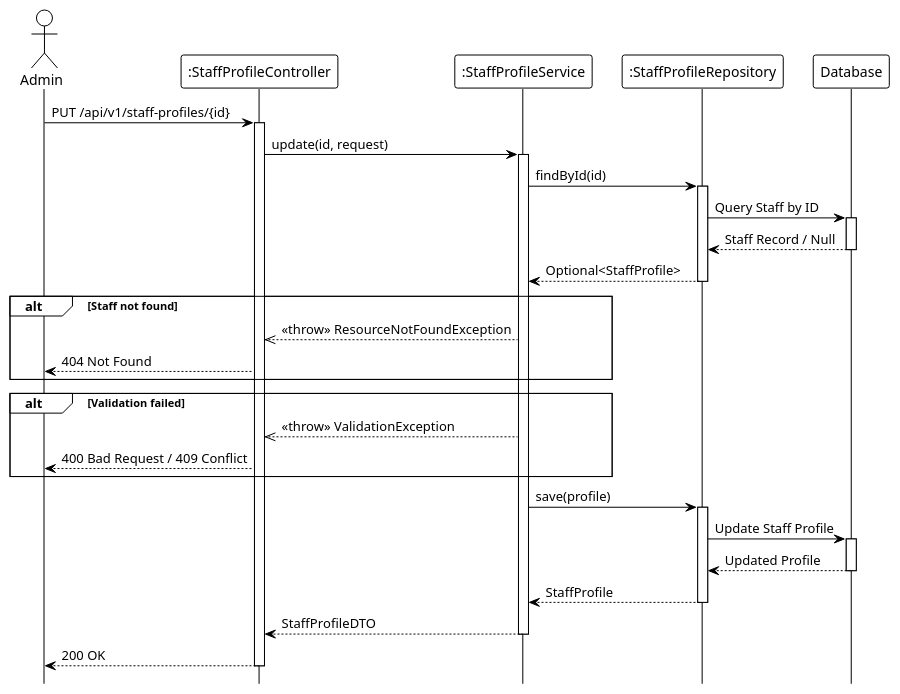
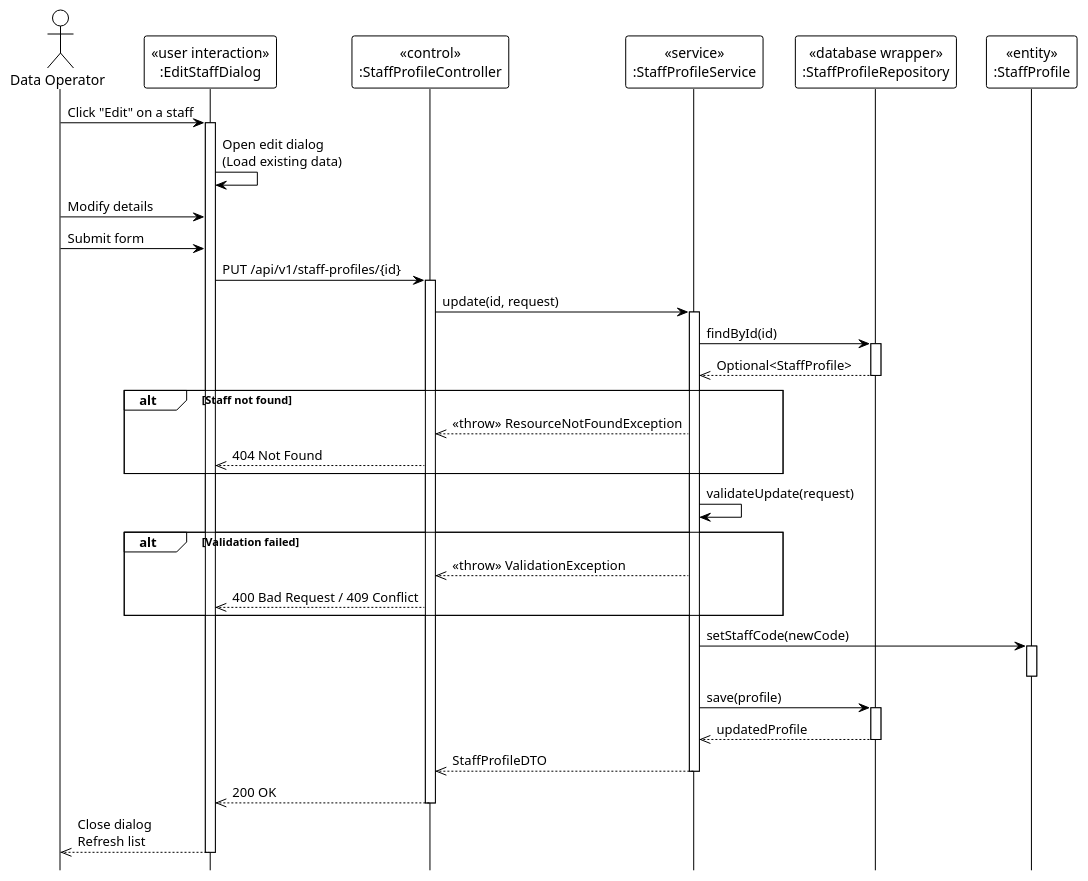
One commit to Ndh474/context changed the diagram in system_detailed_design/52_update_staff/sequence_diagram_update_staff.puml. Above: the diagram before and after it, drawn with PlantUML. The commit also changed 14 other files, not shown here.

Commit message:
docs: Add system detailed design sequence and class diagrams for student and staff management features.

```diff
--- a/system_detailed_design/52_update_staff/sequence_diagram_update_staff.puml
+++ b/system_detailed_design/52_update_staff/sequence_diagram_update_staff.puml
@@ -1,58 +1,66 @@
 @startuml update_staff
 !theme plain
 hide footbox
 
-actor Admin
-participant ":StaffProfileController" as Controller
-participant ":StaffProfileService" as Service
-participant ":StaffProfileRepository" as Repository
-participant "Database" as DB
+actor "Data Operator" as Admin
+
+participant "«user interaction»\n:EditStaffDialog" as UI
+participant "«control»\n:StaffProfileController" as Controller
+participant "«service»\n:StaffProfileService" as Service
+participant "«database wrapper»\n:StaffProfileRepository" as Repository
+participant "«entity»\n:StaffProfile" as Entity
 
 ' --- MAIN FLOW ---
-Admin -> Controller: PUT /api/v1/staff-profiles/{id}
+Admin -> UI: Click "Edit" on a staff
+activate UI
+
+UI -> UI: Open edit dialog\n(Load existing data)
+
+Admin -> UI: Modify details
+Admin -> UI: Submit form
+
+UI -> Controller: PUT /api/v1/staff-profiles/{id}
 activate Controller
 
 Controller -> Service: update(id, request)
 activate Service
 
+' --- FIND EXISTING ---
 Service -> Repository: findById(id)
 activate Repository
-
-Repository -> DB: Query Staff by ID
-activate DB
-DB --> Repository: Staff Record / Null
-deactivate DB
-
-Repository --> Service: Optional<StaffProfile>
+Repository -->> Service: Optional<StaffProfile>
 deactivate Repository
 
 alt Staff not found
     Service -->> Controller: <<throw>> ResourceNotFoundException
-    Controller --> Admin: 404 Not Found
+    Controller -->> UI: 404 Not Found
 end
 
-' Validation logic (internal: staff code/email uniqueness, role validation)
+' Validation (Internal)
+Service -> Service: validateUpdate(request)
 
 alt Validation failed
     Service -->> Controller: <<throw>> ValidationException
-    Controller --> Admin: 400 Bad Request / 409 Conflict
+    Controller -->> UI: 400 Bad Request / 409 Conflict
 end
+
+' --- UPDATE ---
+Service -> Entity: setStaffCode(newCode)
+activate Entity
+deactivate Entity
 
 Service -> Repository: save(profile)
 activate Repository
-
-Repository -> DB: Update Staff Profile
-activate DB
-DB --> Repository: Updated Profile
-deactivate DB
-
-Repository --> Service: StaffProfile
+Repository -->> Service: updatedProfile
 deactivate Repository
 
-Service --> Controller: StaffProfileDTO
+Service -->> Controller: StaffProfileDTO
 deactivate Service
 
-Controller --> Admin: 200 OK
+Controller -->> UI: 200 OK
 deactivate Controller
 
+UI -->> Admin: Close dialog\nRefresh list
+deactivate UI
+
 @enduml
```
